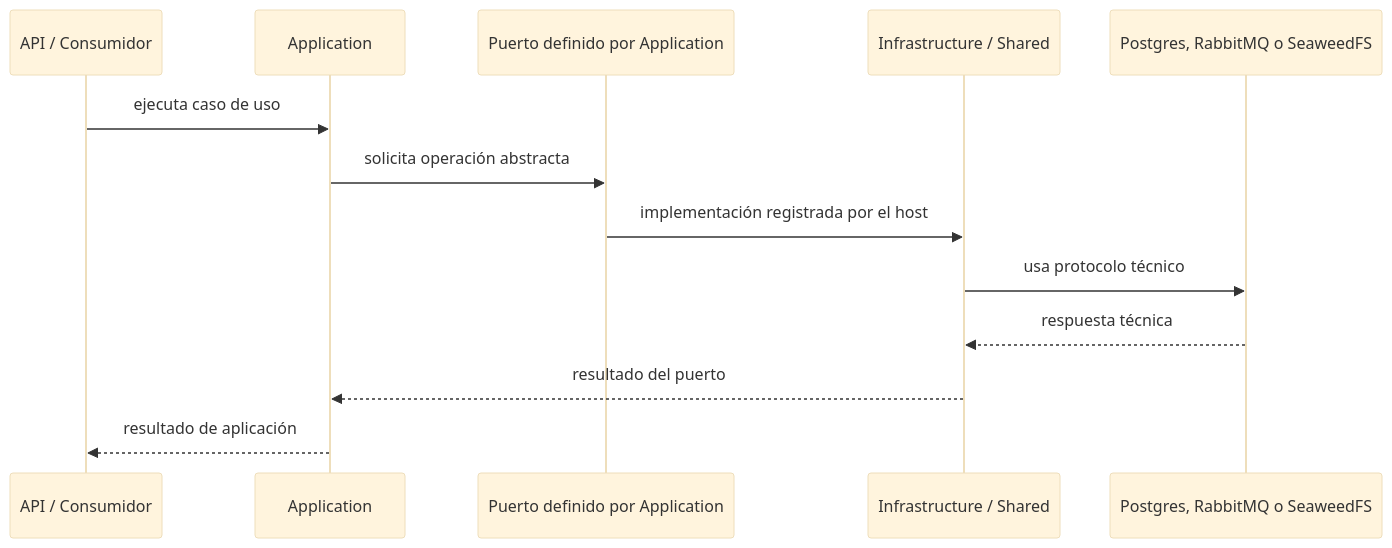
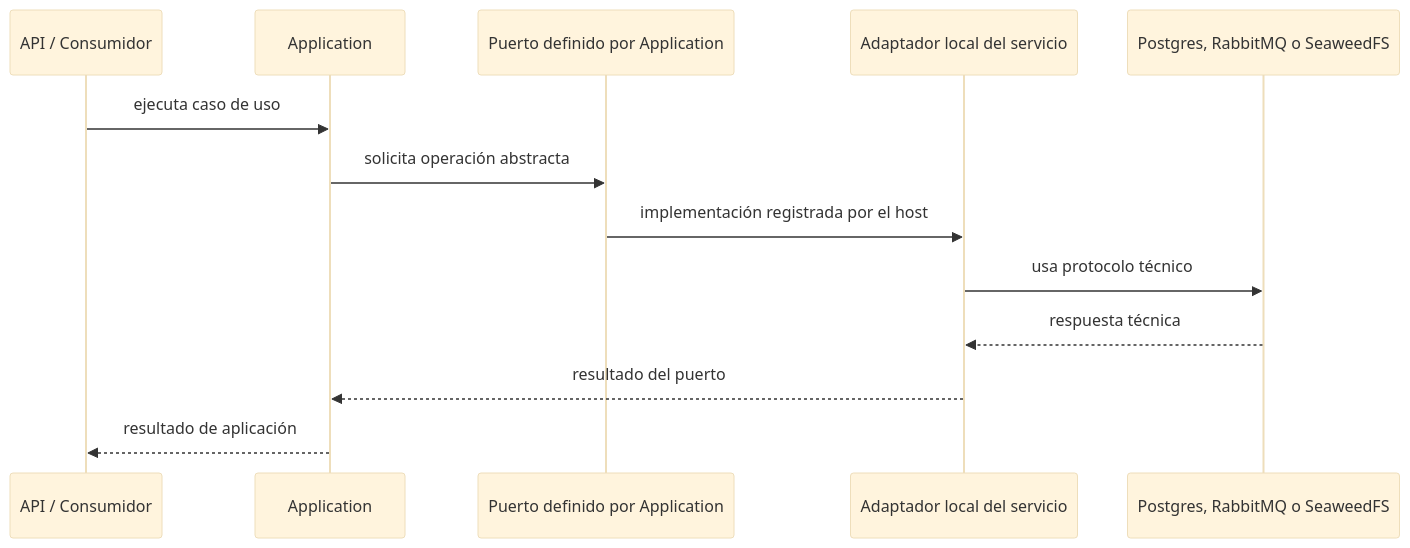
One commit to JackAcity/reto_tecnico_backend_senior changed the second of 2 diagrams in docs/explicacion/04-dependencias-dip.md. Above: the diagram before and after it, drawn with Mermaid (base theme). The commit also changed other lines of this file and 3 other files, not shown here.

Commit message:
docs(architecture): document local service ownership

````diff
--- a/docs/explicacion/04-dependencias-dip.md
+++ b/docs/explicacion/04-dependencias-dip.md
@@ -54,16 +51,16 @@
 ```mermaid
 sequenceDiagram
     participant Endpoint as API / Consumidor
     participant Caso as Application
     participant Puerto as Puerto definido por Application
-    participant Adaptador as Infrastructure / Shared
+    participant Adaptador as Adaptador local del servicio
     participant Recurso as Postgres, RabbitMQ o SeaweedFS
 
     Endpoint->>Caso: ejecuta caso de uso
     Caso->>Puerto: solicita operación abstracta
     Puerto->>Adaptador: implementación registrada por el host
     Adaptador->>Recurso: usa protocolo técnico
     Recurso-->>Adaptador: respuesta técnica
     Adaptador-->>Caso: resultado del puerto
     Caso-->>Endpoint: resultado de aplicación
 ```
````
